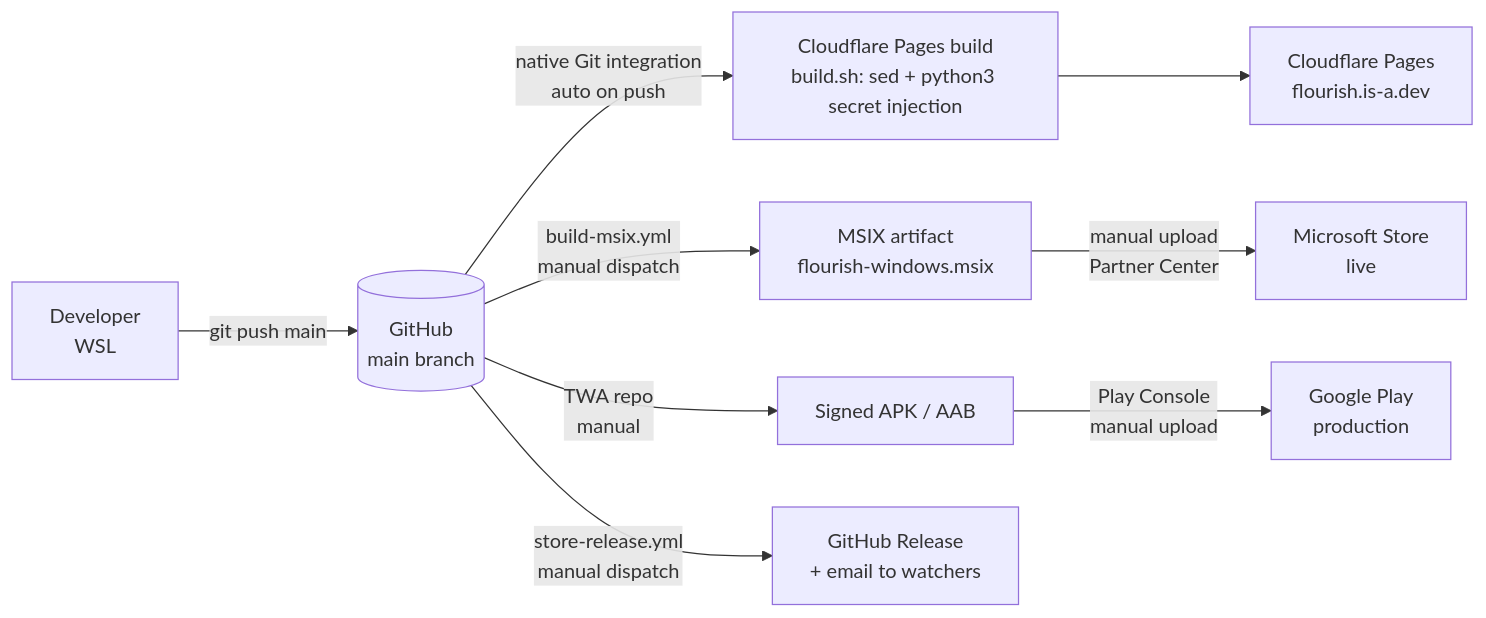
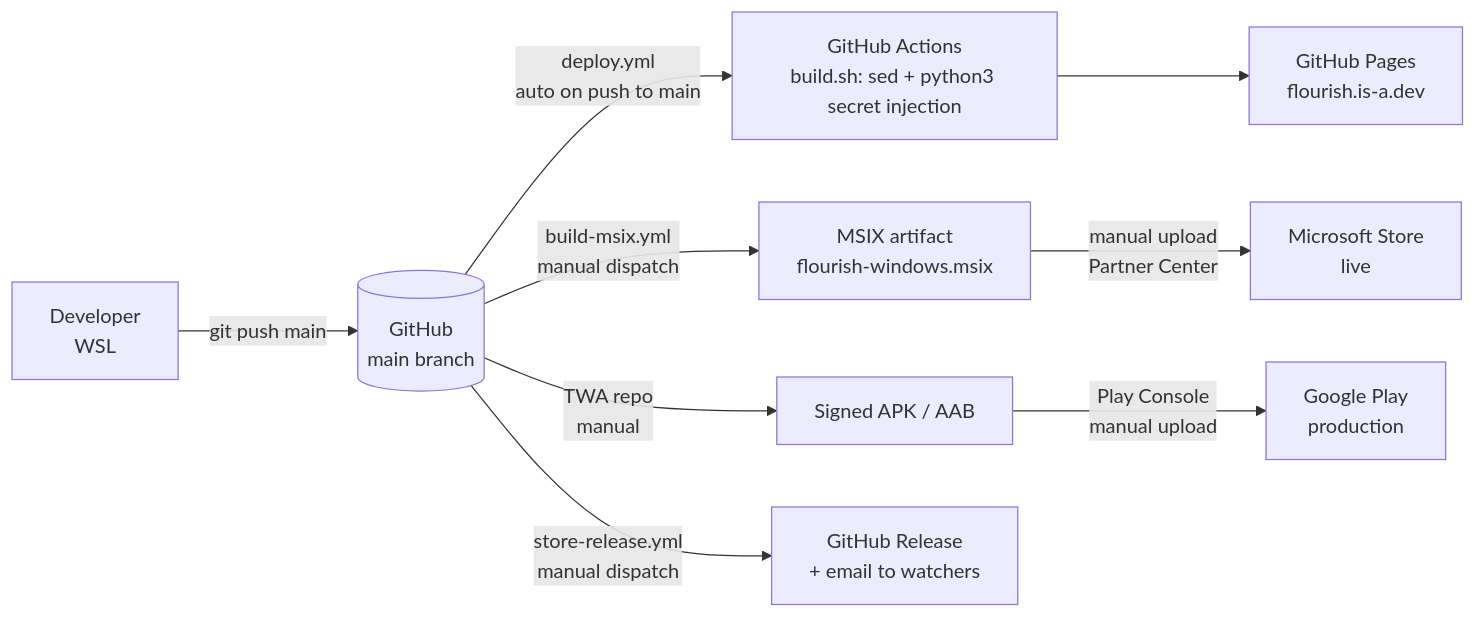
One commit to joyfulmake/health-saver-app changed the fourth of 4 diagrams in ARCHITECTURE.md. Above: the diagram before and after it, drawn with Mermaid. The commit also changed other lines of this file and 7 other files, not shown here.

First line of the commit message:
release: v4.2 — restore Pages deploy, correct privacy policy, harden Firestore docs

````diff
--- a/ARCHITECTURE.md
+++ b/ARCHITECTURE.md
@@ -157,15 +157,15 @@
 ```mermaid
 flowchart LR
     Dev[Developer\nWSL] -->|git push main| GH[(GitHub\nmain branch)]
 
-    GH -->|native Git integration\nauto on push| CFP[Cloudflare Pages build\nbuild.sh: sed + python3 secret injection]
-    CFP --> Pages[Cloudflare Pages\nflourish.is-a.dev]
+    GH -->|deploy.yml\nauto on push to main| CI[GitHub Actions\nbuild.sh: sed + python3 secret injection]
+    CI --> Pages[GitHub Pages\nflourish.is-a.dev]
 
     GH -->|build-msix.yml\nmanual dispatch| MSIX[MSIX artifact\nflourish-windows.msix]
     MSIX -->|manual upload\nPartner Center| MS[Microsoft Store\nlive]
 
     GH -->|TWA repo\nmanual| APK[Signed APK / AAB]
     APK -->|Play Console\nmanual upload| GP[Google Play\nproduction]
 
     GH -->|store-release.yml\nmanual dispatch| REL[GitHub Release\n+ email to watchers]
 ```
````
